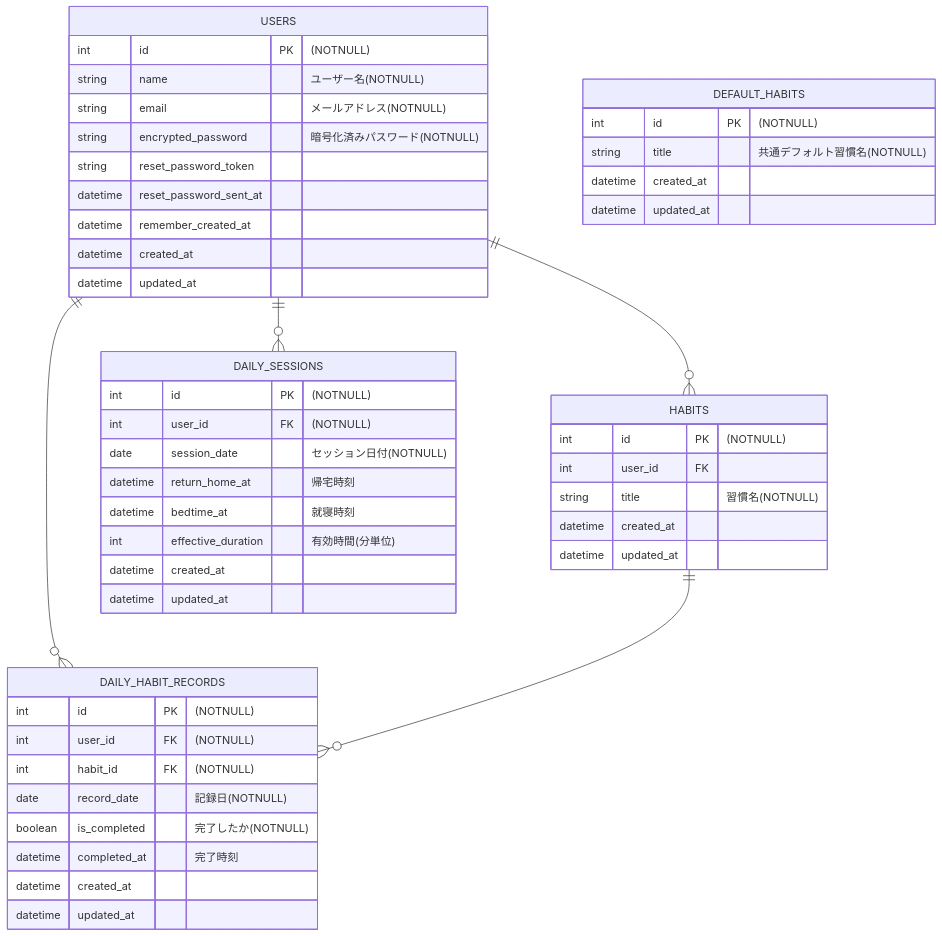
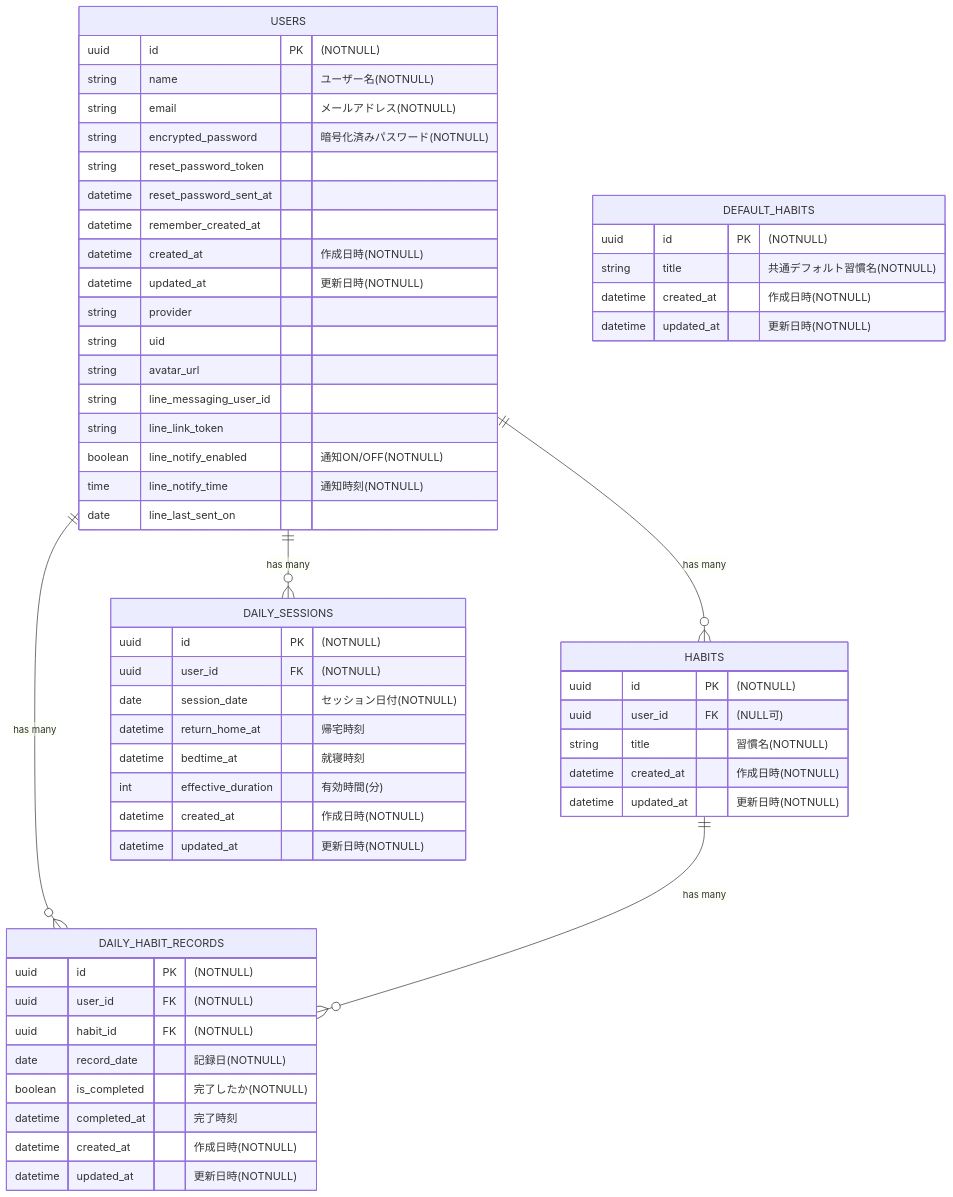
One commit to kazuhide0413/jikantsukurun changed the diagram in README.md. Above: the diagram before and after it, drawn with Mermaid. The commit also changed other lines of this file, not shown here.

Commit message:
readme修正

````diff
--- a/README.md
+++ b/README.md
@@ -116,58 +129,66 @@
 ```mermaid
 erDiagram
     direction TB
 
     USERS {
-        int id PK "(NOTNULL)"
+        uuid id PK "(NOTNULL)"
         string name "ユーザー名(NOTNULL)"
         string email "メールアドレス(NOTNULL)"
         string encrypted_password "暗号化済みパスワード(NOTNULL)"
         string reset_password_token
         datetime reset_password_sent_at
         datetime remember_created_at
-        datetime created_at
-        datetime updated_at
+        datetime created_at "作成日時(NOTNULL)"
+        datetime updated_at "更新日時(NOTNULL)"
+        string provider
+        string uid
+        string avatar_url
+        string line_messaging_user_id
+        string line_link_token
+        boolean line_notify_enabled "通知ON/OFF(NOTNULL)"
+        time line_notify_time "通知時刻(NOTNULL)"
+        date line_last_sent_on
     }
 
     HABITS {
-        int id PK "(NOTNULL)"
-        int user_id FK
+        uuid id PK "(NOTNULL)"
+        uuid user_id FK "(NULL可)"
         string title "習慣名(NOTNULL)"
-        datetime created_at
-        datetime updated_at
+        datetime created_at "作成日時(NOTNULL)"
+        datetime updated_at "更新日時(NOTNULL)"
     }
 
     DAILY_HABIT_RECORDS {
-        int id PK "(NOTNULL)"
-        int user_id FK "(NOTNULL)"
-        int habit_id FK "(NOTNULL)"
+        uuid id PK "(NOTNULL)"
+        uuid user_id FK "(NOTNULL)"
+        uuid habit_id FK "(NOTNULL)"
         date record_date "記録日(NOTNULL)"
         boolean is_completed "完了したか(NOTNULL)"
         datetime completed_at "完了時刻"
-        datetime created_at
-        datetime updated_at
+        datetime created_at "作成日時(NOTNULL)"
+        datetime updated_at "更新日時(NOTNULL)"
     }
 
     DAILY_SESSIONS {
-        int id PK "(NOTNULL)"
-        int user_id FK "(NOTNULL)"
+        uuid id PK "(NOTNULL)"
+        uuid user_id FK "(NOTNULL)"
         date session_date "セッション日付(NOTNULL)"
         datetime return_home_at "帰宅時刻"
         datetime bedtime_at "就寝時刻"
-        int effective_duration "有効時間(分単位)"
-        datetime created_at
-        datetime updated_at
+        int effective_duration "有効時間(分)"
+        datetime created_at "作成日時(NOTNULL)"
+        datetime updated_at "更新日時(NOTNULL)"
     }
 
     DEFAULT_HABITS {
-        int id PK "(NOTNULL)"
+        uuid id PK "(NOTNULL)"
         string title "共通デフォルト習慣名(NOTNULL)"
-        datetime created_at
-        datetime updated_at
+        datetime created_at "作成日時(NOTNULL)"
+        datetime updated_at "更新日時(NOTNULL)"
     }
 
-    USERS ||--o{ HABITS : ""
-    USERS ||--o{ DAILY_HABIT_RECORDS : ""
-    USERS ||--o{ DAILY_SESSIONS : ""
-    HABITS ||--o{ DAILY_HABIT_RECORDS : ""
+    USERS ||--o{ HABITS : "has many"
+    USERS ||--o{ DAILY_HABIT_RECORDS : "has many"
+    USERS ||--o{ DAILY_SESSIONS : "has many"
+    HABITS ||--o{ DAILY_HABIT_RECORDS : "has many"
 ```
````
